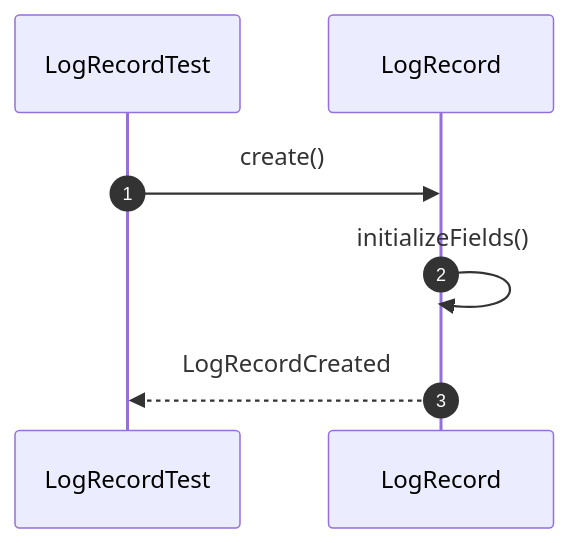
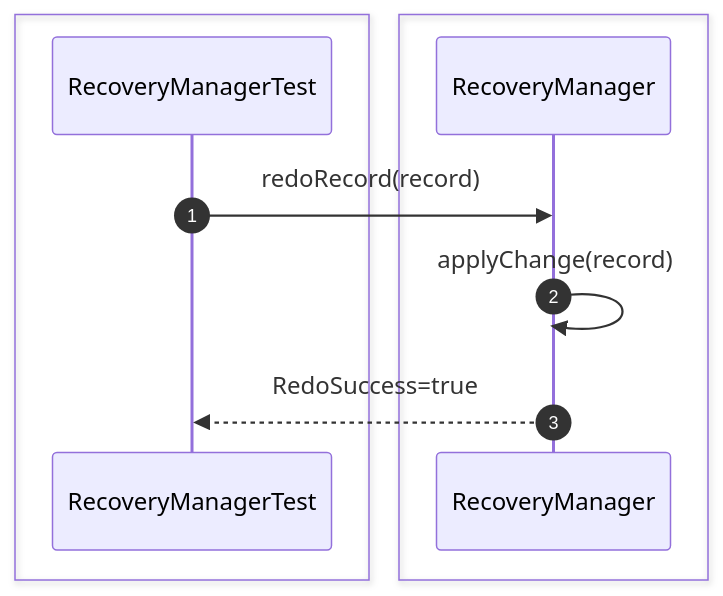
One commit to Huy1801214/dbms-architecture changed diagram 12 of 28 in src/sequence/recovery.md. Above: the diagram before and after it, drawn with Mermaid. The commit also changed other lines of this file and 10 other files, not shown here.

Commit message:
add comprehensive sequence diagrams and documentation for system architecture and unit testing specifications

````diff
--- a/src/sequence/recovery.md
+++ b/src/sequence/recovery.md
@@ -154,12 +204,15 @@
 ```mermaid
 sequenceDiagram
     autonumber
-    participant Test as LogRecordTest
-    participant Log as LogRecord
 
-    Test->>Log: create()
+    box #e1f5fe Test Suite
+    participant Test as RecoveryManagerTest
+    end
+    box #ffebee Recovery Components
+    participant Recovery as RecoveryManager
+    end
 
-    Log->>Log: initializeFields()
-
-    Log-->>Test: LogRecordCreated
+    Test->>Recovery: redoRecord(record)
+    Recovery->>Recovery: applyChange(record)
+    Recovery-->>Test: RedoSuccess=true
 ```
````
